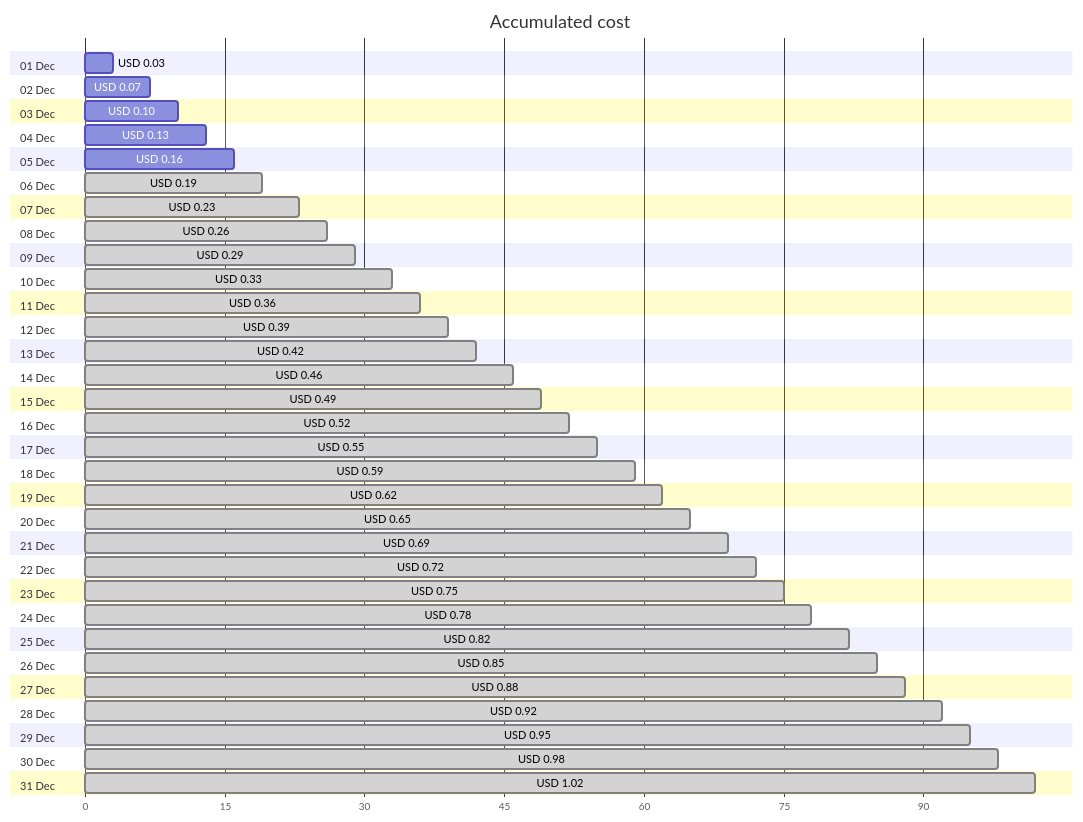
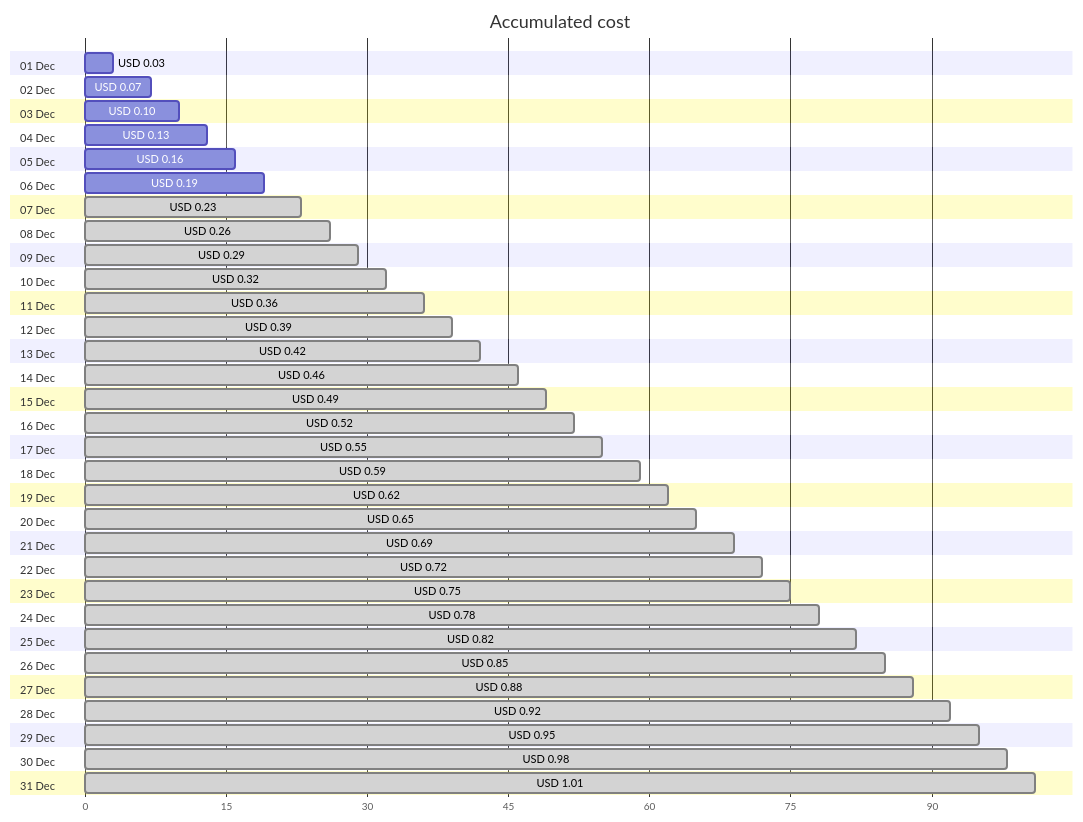
The first of 4 diagrams in cost-reports/personal-dns/README.md (jpfulton/azure-personal-reports), drawn with Mermaid before and after one commit. The commit also changed other lines of this file and 2 other files, not shown here.

````diff
--- a/cost-reports/personal-dns/README.md
+++ b/cost-reports/personal-dns/README.md
@@ -20,68 +20,68 @@
 ```mermaid
 gantt
    title Accumulated cost
    dateFormat  X
    axisFormat %s
    section 01 Dec
    USD 0.03 :0, 3
    section 02 Dec
    USD 0.07 :0, 7
    section 03 Dec
    USD 0.10 :0, 10
    section 04 Dec
    USD 0.13 :0, 13
    section 05 Dec
    USD 0.16 :0, 16
    section 06 Dec
-   USD 0.19 : done, 0, 19
+   USD 0.19 :0, 19
    section 07 Dec
    USD 0.23 : done, 0, 23
    section 08 Dec
    USD 0.26 : done, 0, 26
    section 09 Dec
    USD 0.29 : done, 0, 29
    section 10 Dec
-   USD 0.33 : done, 0, 33
+   USD 0.32 : done, 0, 32
    section 11 Dec
    USD 0.36 : done, 0, 36
    section 12 Dec
    USD 0.39 : done, 0, 39
    section 13 Dec
    USD 0.42 : done, 0, 42
    section 14 Dec
    USD 0.46 : done, 0, 46
    section 15 Dec
    USD 0.49 : done, 0, 49
    section 16 Dec
    USD 0.52 : done, 0, 52
    section 17 Dec
    USD 0.55 : done, 0, 55
    section 18 Dec
    USD 0.59 : done, 0, 59
    section 19 Dec
    USD 0.62 : done, 0, 62
    section 20 Dec
    USD 0.65 : done, 0, 65
    section 21 Dec
    USD 0.69 : done, 0, 69
    section 22 Dec
    USD 0.72 : done, 0, 72
    section 23 Dec
    USD 0.75 : done, 0, 75
    section 24 Dec
    USD 0.78 : done, 0, 78
    section 25 Dec
    USD 0.82 : done, 0, 82
    section 26 Dec
    USD 0.85 : done, 0, 85
    section 27 Dec
    USD 0.88 : done, 0, 88
    section 28 Dec
    USD 0.92 : done, 0, 92
    section 29 Dec
    USD 0.95 : done, 0, 95
    section 30 Dec
    USD 0.98 : done, 0, 98
    section 31 Dec
-   USD 1.02 : done, 0, 102
+   USD 1.01 : done, 0, 101
 ```
````
